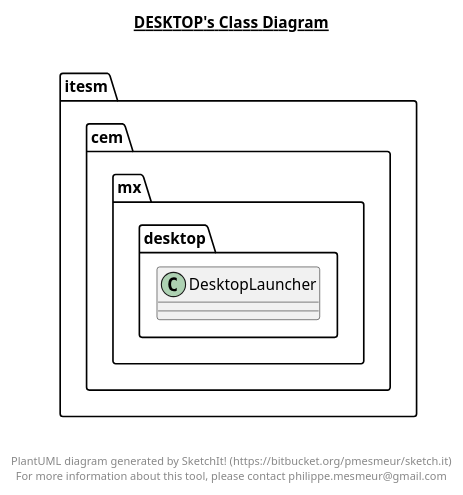
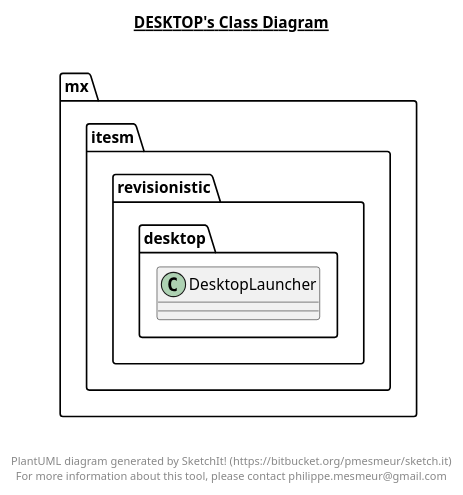
The diagram in desktop/desktop.plantuml (hd170998/RevisionisticVideogame), drawn with PlantUML before and after one commit. The commit also changed 30 other files, not shown here.

```diff
--- a/desktop/desktop.plantuml
+++ b/desktop/desktop.plantuml
@@ -1,20 +1,20 @@
 @startuml
 
 title __DESKTOP's Class Diagram__\n
 
-  package itesm.cem.mx.desktop {
+  package mx.itesm.revisionistic.desktop {
     class DesktopLauncher {
     }
   }
   
 
 
 
 right footer
 
 
 PlantUML diagram generated by SketchIt! (https://bitbucket.org/pmesmeur/sketch.it)
 For more information about this tool, please contact philippe.mesmeur@gmail.com
 endfooter
 
 @enduml
```
